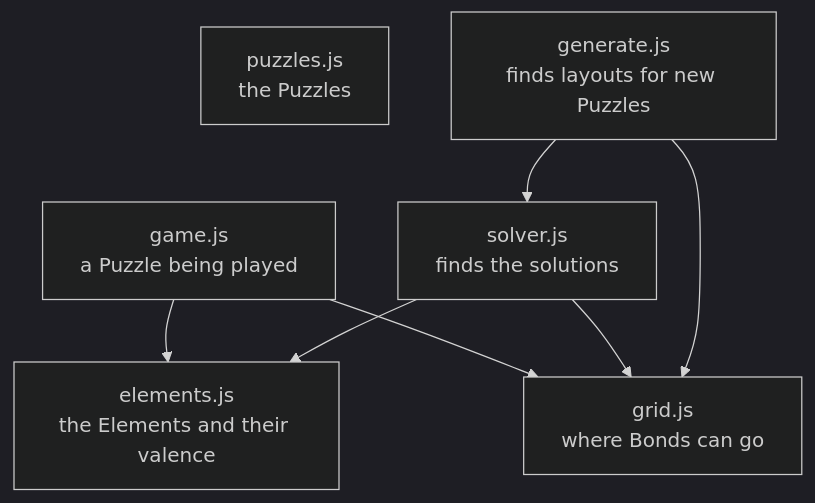
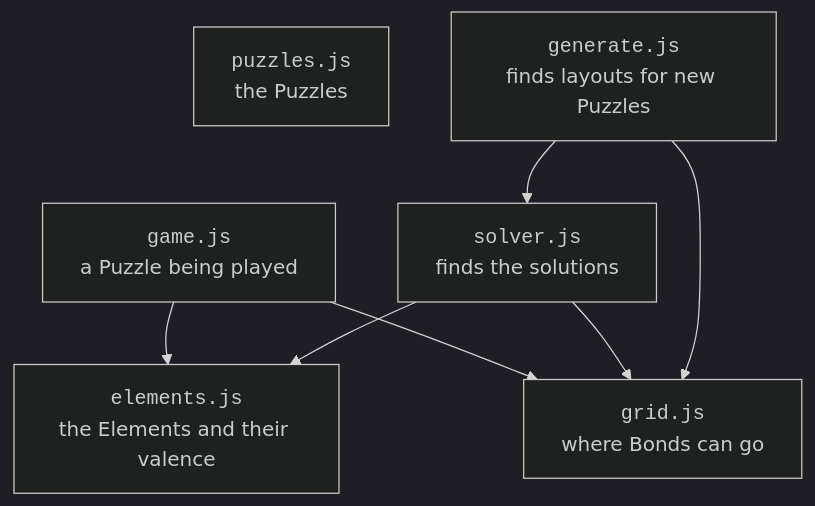
The second of 2 diagrams in docs/architecture.md (treetopbottle/molecuzzle), drawn with Mermaid (dark theme) before and after one commit. The commit also changed other lines of this file and 1 other file, not shown here.

Commit message:
docs: show file names in the diagrams in a fixed-width font

````diff
--- a/docs/architecture.md
+++ b/docs/architecture.md
@@ -38,16 +38,16 @@
 ```mermaid
 flowchart TD
-  puzzles["puzzles.js<br/>the Puzzles"]
-  game["game.js<br/>a Puzzle being played"]
-  solver["solver.js<br/>finds the solutions"]
-  gen["generate.js<br/>finds layouts for new Puzzles"]
-  grid["grid.js<br/>where Bonds can go"]
-  elements["elements.js<br/>the Elements and their valence"]
+  puzzles["<code>puzzles.js</code><br/>the Puzzles"]
+  game["<code>game.js</code><br/>a Puzzle being played"]
+  solver["<code>solver.js</code><br/>finds the solutions"]
+  gen["<code>generate.js</code><br/>finds layouts for new Puzzles"]
+  grid["<code>grid.js</code><br/>where Bonds can go"]
+  elements["<code>elements.js</code><br/>the Elements and their valence"]
 
   game --> elements
   game --> grid
   solver --> elements
   solver --> grid
   gen --> grid
   gen --> solver
 ```
````
